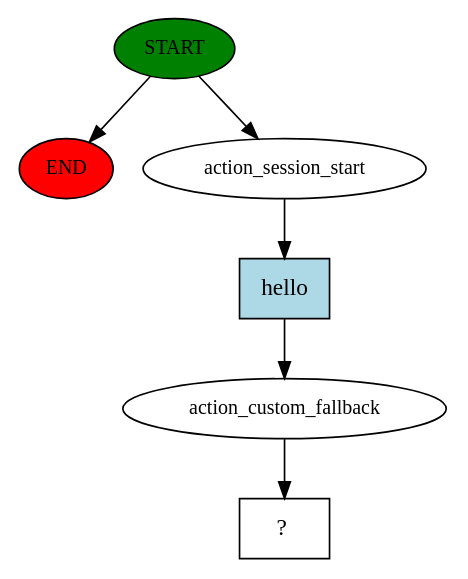
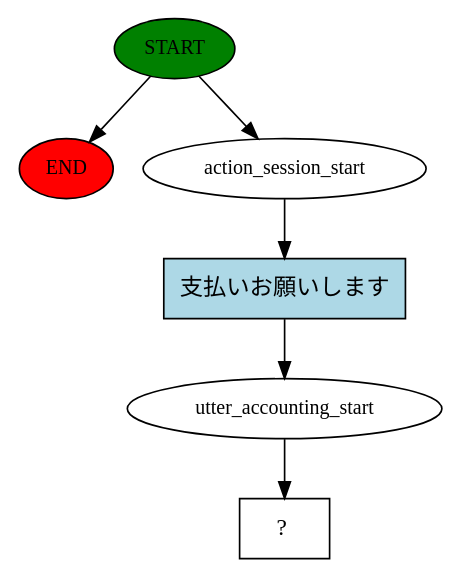
The diagram in story_graph.dot (duylebkHCM/demo_chatbot), drawn with Graphviz before and after one commit. The commit also changed 4 other files, not shown here.

```diff
--- a/story_graph.dot
+++ b/story_graph.dot
@@ -1,13 +1,13 @@
 digraph  {
 0 [class="start active", fillcolor=green, fontsize=12, label=START, style=filled];
 "-1" [class=end, fillcolor=red, fontsize=12, label=END, style=filled];
 1 [class=active, fontsize=12, label=action_session_start];
-2 [class=active, fontsize=12, label=action_custom_fallback];
+2 [class=active, fontsize=12, label=utter_accounting_start];
 3 [class="intent dashed active", label="  ?  ", shape=rect];
-4 [class="intent active", fillcolor=lightblue, label=hello, shape=rect, style=filled];
+4 [class="intent active", fillcolor=lightblue, label="支払いお願いします", shape=rect, style=filled];
 0 -> "-1"  [class="", key=NONE, label=""];
 0 -> 1  [class=active, key=NONE, label=""];
 1 -> 4  [class=active, key=0];
 2 -> 3  [class=active, key=NONE, label=""];
 4 -> 2  [class=active, key=0];
 }
```
